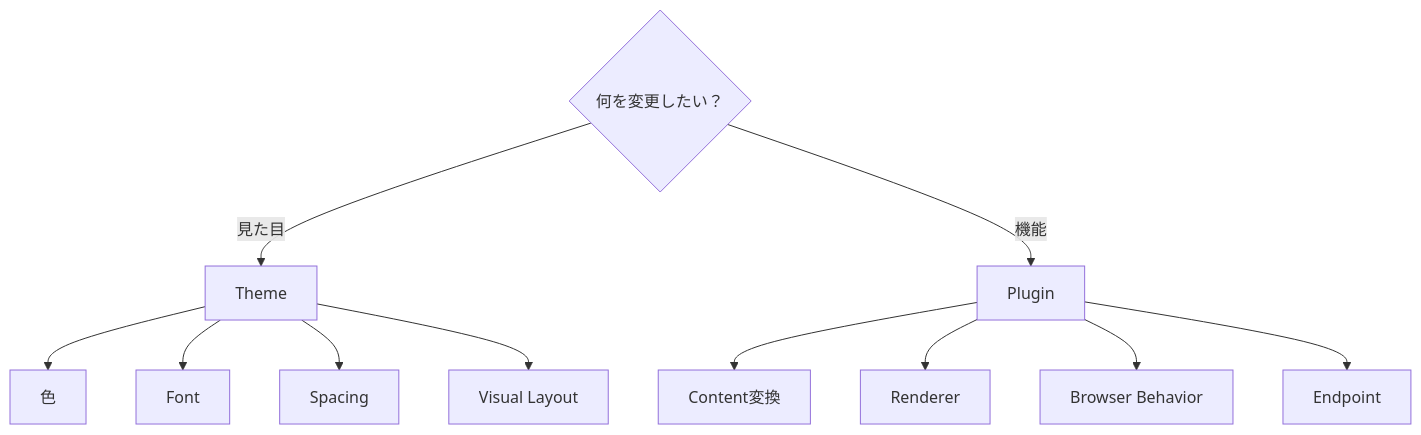
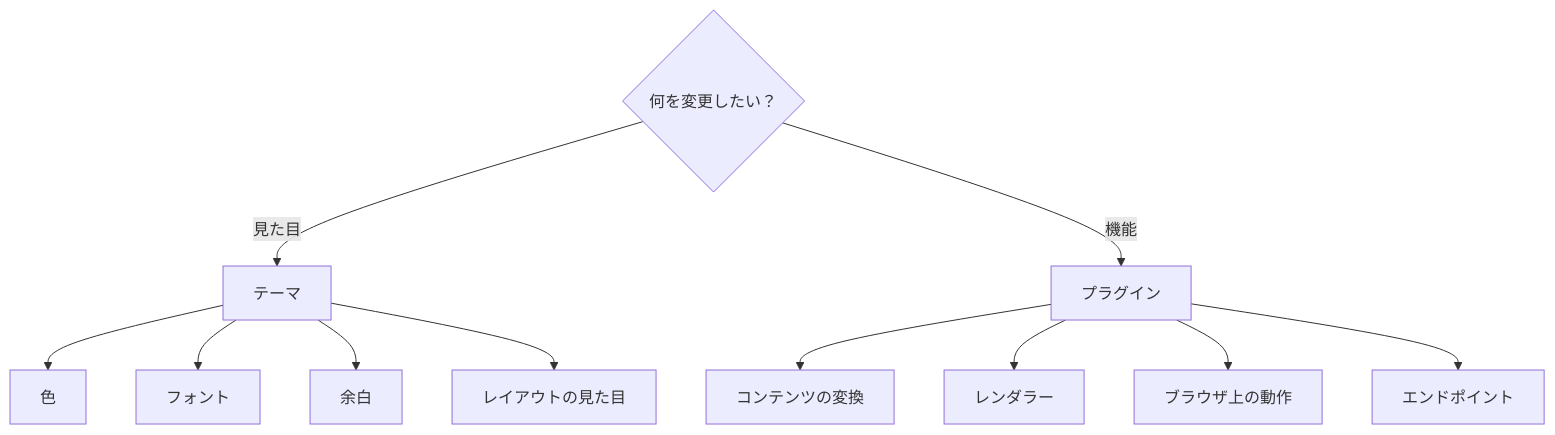
The second of 10 diagrams in docs/docs/reference/theme-api.ja.md (Rerurate514/riebeckite), drawn with Mermaid before and after one commit. The commit also changed other lines of this file and 310 other files, not shown here.

````diff
--- a/docs/docs/reference/theme-api.ja.md
+++ b/docs/docs/reference/theme-api.ja.md
@@ -50,17 +35,17 @@
 ```mermaid id="8e1m3z"
 flowchart TD
     Q{"何を変更したい？"}
 
-    Q -->|"見た目"| Theme["Theme"]
-    Q -->|"機能"| Plugin["Plugin"]
+    Q -->|"見た目"| Theme["テーマ"]
+    Q -->|"機能"| Plugin["プラグイン"]
 
     Theme --> T1["色"]
-    Theme --> T2["Font"]
-    Theme --> T3["Spacing"]
-    Theme --> T4["Visual Layout"]
+    Theme --> T2["フォント"]
+    Theme --> T3["余白"]
+    Theme --> T4["レイアウトの見た目"]
 
-    Plugin --> P1["Content変換"]
-    Plugin --> P2["Renderer"]
-    Plugin --> P3["Browser Behavior"]
-    Plugin --> P4["Endpoint"]
+    Plugin --> P1["コンテンツの変換"]
+    Plugin --> P2["レンダラー"]
+    Plugin --> P3["ブラウザ上の動作"]
+    Plugin --> P4["エンドポイント"]
 ```
````
